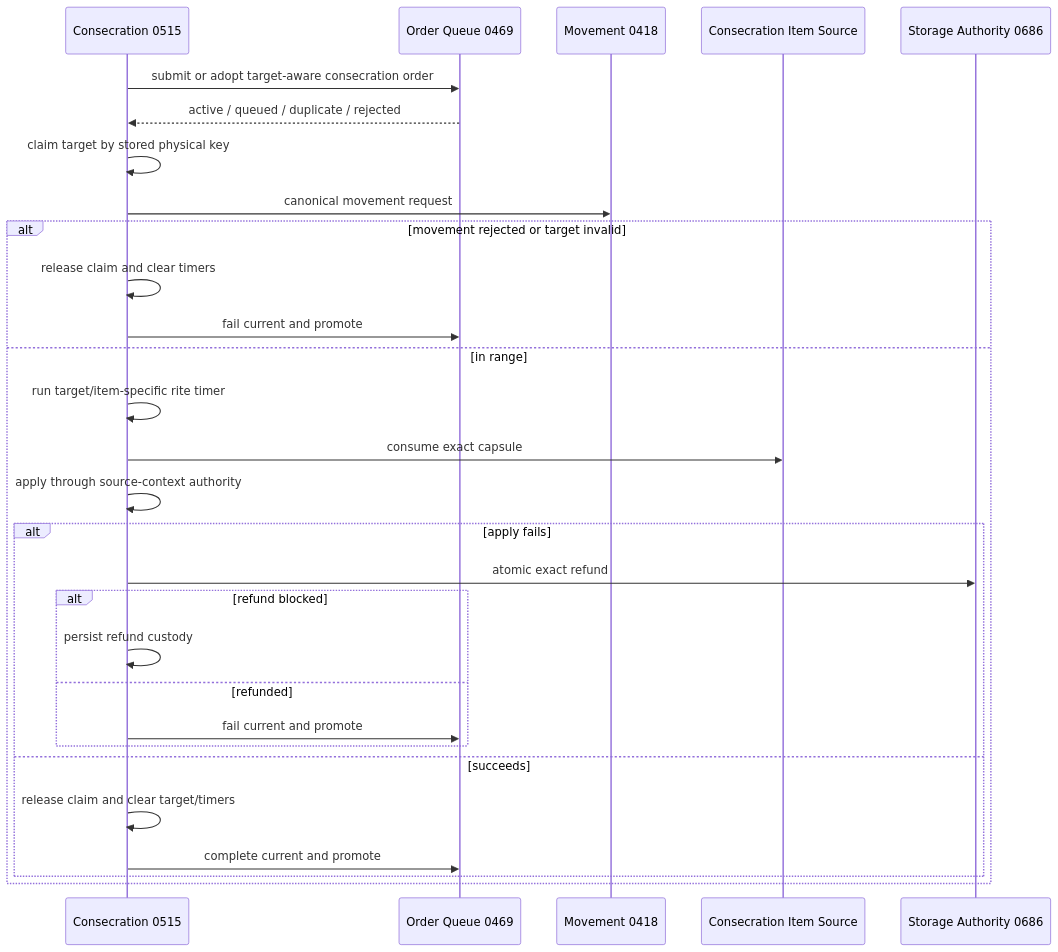
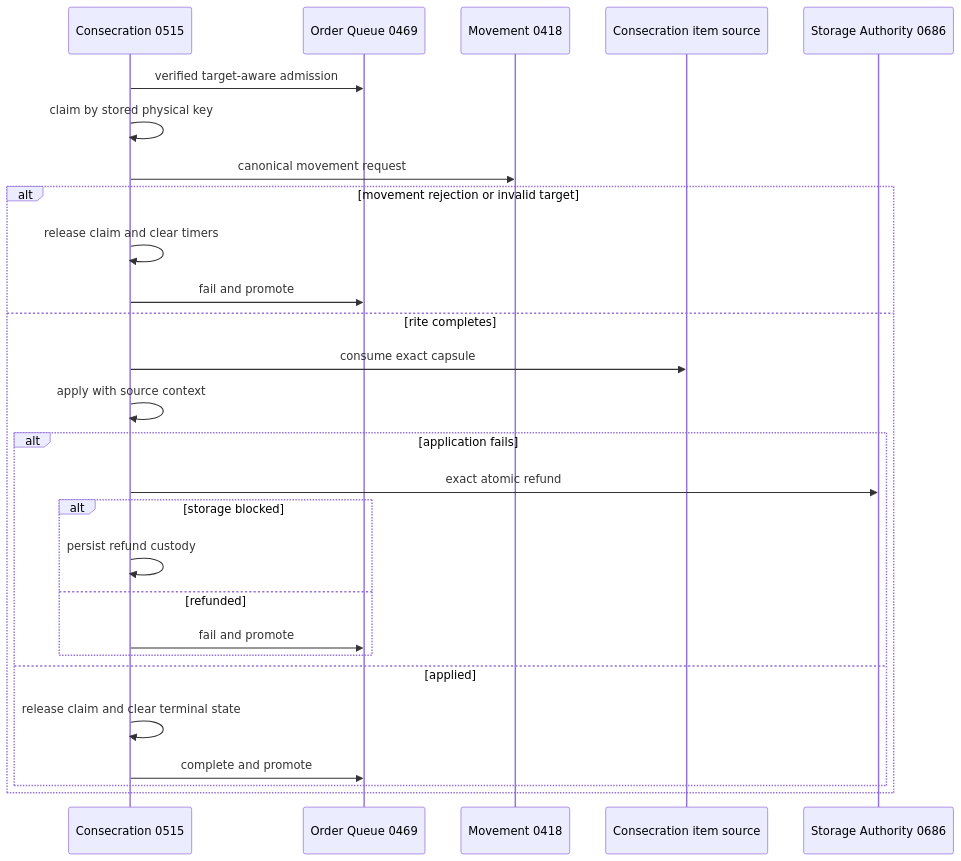
One commit to mrcalzon02/Tech-Priests changed the fifth of 14 diagrams in docs/RECOVERY_AUTHORITY_MAP_CURRENT.md. Above: the diagram before and after it, drawn with Mermaid. The commit also changed other lines of this file, not shown here.

````diff
--- a/docs/RECOVERY_AUTHORITY_MAP_CURRENT.md
+++ b/docs/RECOVERY_AUTHORITY_MAP_CURRENT.md
@@ -118,32 +122,30 @@
 ```mermaid
 sequenceDiagram
     participant C as Consecration 0515
     participant Q as Order Queue 0469
     participant M as Movement 0418
-    participant I as Consecration Item Source
+    participant I as Consecration item source
     participant S as Storage Authority 0686
 
-    C->>Q: submit or adopt target-aware consecration order
-    Q-->>C: active / queued / duplicate / rejected
-    C->>C: claim target by stored physical key
+    C->>Q: verified target-aware admission
+    C->>C: claim by stored physical key
     C->>M: canonical movement request
-    alt movement rejected or target invalid
+    alt movement rejection or invalid target
         C->>C: release claim and clear timers
-        C->>Q: fail current and promote
-    else in range
-        C->>C: run target/item-specific rite timer
+        C->>Q: fail and promote
+    else rite completes
         C->>I: consume exact capsule
-        C->>C: apply through source-context authority
-        alt apply fails
-            C->>S: atomic exact refund
-            alt refund blocked
+        C->>C: apply with source context
+        alt application fails
+            C->>S: exact atomic refund
+            alt storage blocked
                 C->>C: persist refund custody
             else refunded
-                C->>Q: fail current and promote
+                C->>Q: fail and promote
             end
-        else succeeds
-            C->>C: release claim and clear target/timers
-            C->>Q: complete current and promote
+        else applied
+            C->>C: release claim and clear terminal state
+            C->>Q: complete and promote
         end
     end
 ```
````
